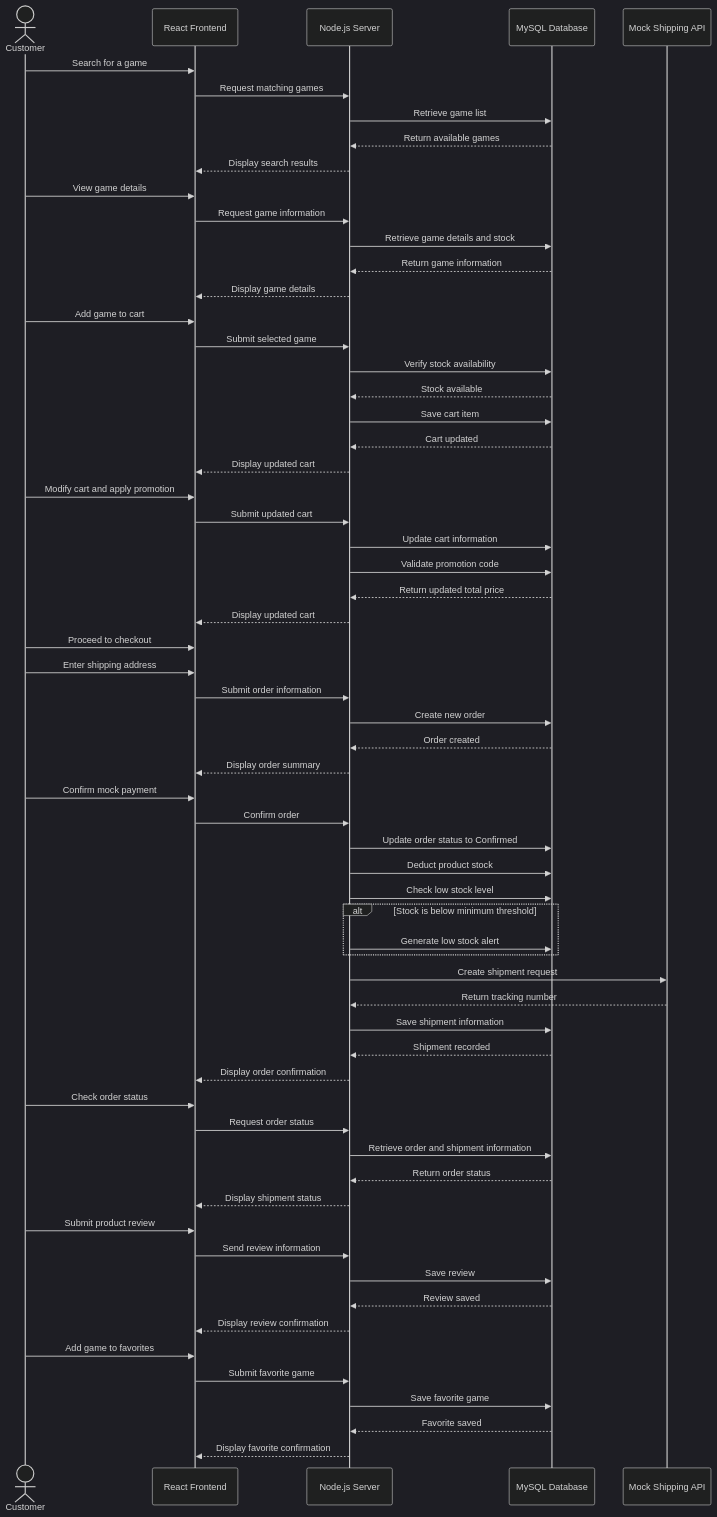
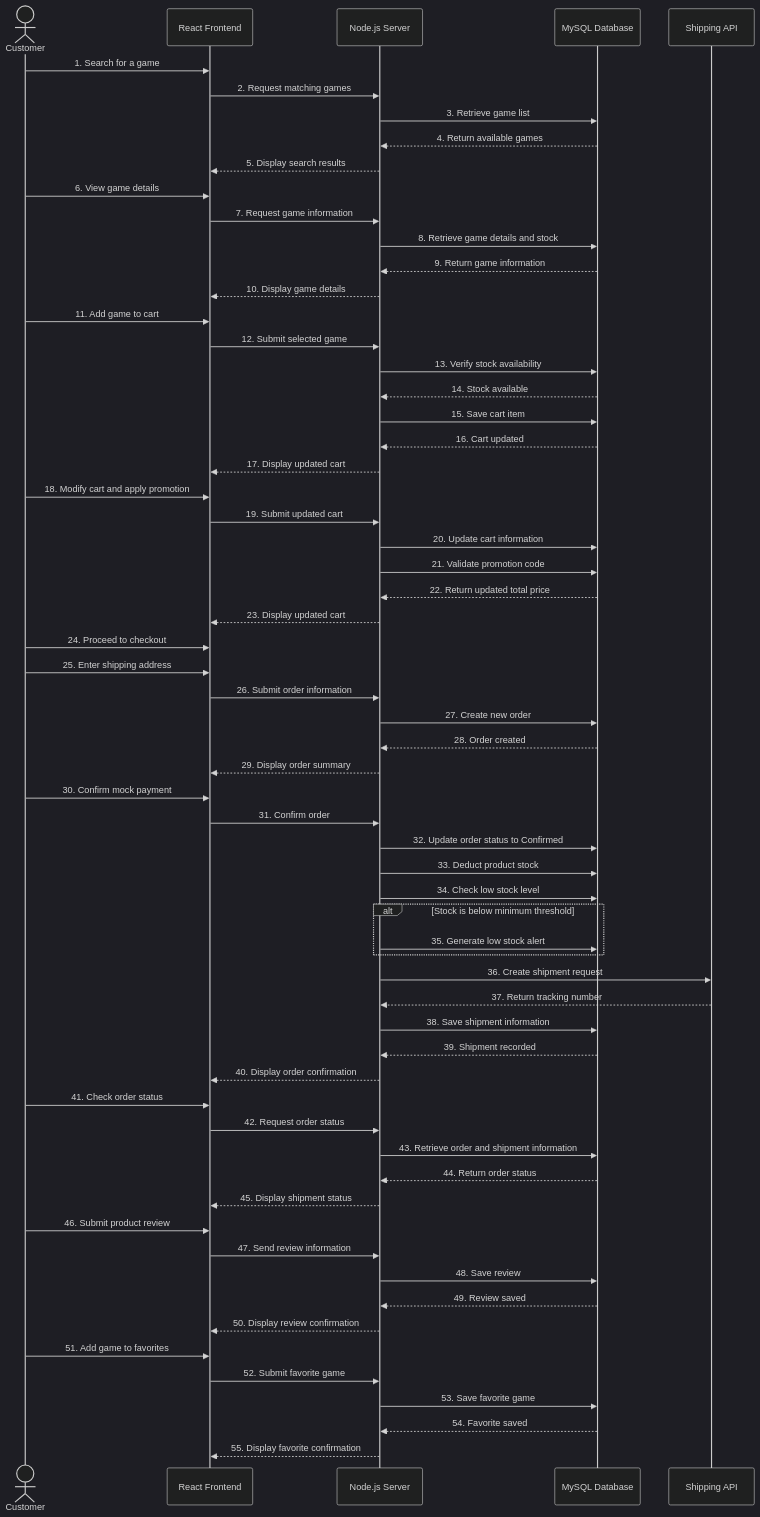
One commit to iKla47/UniversityCSI204 changed the second of 4 diagrams in frontend/src/doc/dev-home.md. Above: the diagram before and after it, drawn with Mermaid (dark theme). The commit also changed other lines of this file and 1 other file, not shown here.

Commit message:
edit diagram use case

````diff
--- a/frontend/src/doc/dev-home.md
+++ b/frontend/src/doc/dev-home.md
@@ -433,80 +435,80 @@
     participant Frontend as React Frontend
     participant Backend as Node.js Server
     participant DB as MySQL Database
-    participant Shipping as Mock Shipping API
+    participant Shipping as Shipping API
 
     %% Browse Products
-    Customer->>Frontend: Search for a game
-    Frontend->>Backend: Request matching games
-    Backend->>DB: Retrieve game list
-    DB-->>Backend: Return available games
-    Backend-->>Frontend: Display search results
+    Customer->>Frontend: 1. Search for a game
+    Frontend->>Backend: 2. Request matching games
+    Backend->>DB: 3. Retrieve game list
+    DB-->>Backend: 4. Return available games
+    Backend-->>Frontend: 5. Display search results
 
-    Customer->>Frontend: View game details
-    Frontend->>Backend: Request game information
-    Backend->>DB: Retrieve game details and stock
-    DB-->>Backend: Return game information
-    Backend-->>Frontend: Display game details
+    Customer->>Frontend: 6. View game details
+    Frontend->>Backend: 7. Request game information
+    Backend->>DB: 8. Retrieve game details and stock
+    DB-->>Backend: 9. Return game information
+    Backend-->>Frontend: 10. Display game details
 
     %% Shopping Cart
-    Customer->>Frontend: Add game to cart
-    Frontend->>Backend: Submit selected game
-    Backend->>DB: Verify stock availability
-    DB-->>Backend: Stock available
-    Backend->>DB: Save cart item
-    DB-->>Backend: Cart updated
-    Backend-->>Frontend: Display updated cart
+    Customer->>Frontend: 11. Add game to cart
+    Frontend->>Backend: 12. Submit selected game
+    Backend->>DB: 13. Verify stock availability
+    DB-->>Backend: 14. Stock available
+    Backend->>DB: 15. Save cart item
+    DB-->>Backend: 16. Cart updated
+    Backend-->>Frontend: 17. Display updated cart
 
-    Customer->>Frontend: Modify cart and apply promotion
-    Frontend->>Backend: Submit updated cart
-    Backend->>DB: Update cart information
-    Backend->>DB: Validate promotion code
-    DB-->>Backend: Return updated total price
-    Backend-->>Frontend: Display updated cart
+    Customer->>Frontend: 18. Modify cart and apply promotion
+    Frontend->>Backend: 19. Submit updated cart
+    Backend->>DB: 20. Update cart information
+    Backend->>DB: 21. Validate promotion code
+    DB-->>Backend: 22. Return updated total price
+    Backend-->>Frontend: 23. Display updated cart
 
     %% Checkout
-    Customer->>Frontend: Proceed to checkout
-    Customer->>Frontend: Enter shipping address
-    Frontend->>Backend: Submit order information
-    Backend->>DB: Create new order
-    DB-->>Backend: Order created
-    Backend-->>Frontend: Display order summary
+    Customer->>Frontend: 24. Proceed to checkout
+    Customer->>Frontend: 25. Enter shipping address
+    Frontend->>Backend: 26. Submit order information
+    Backend->>DB: 27. Create new order
+    DB-->>Backend: 28. Order created
+    Backend-->>Frontend: 29. Display order summary
 
     %% Mock Payment
-    Customer->>Frontend: Confirm mock payment
-    Frontend->>Backend: Confirm order
-    Backend->>DB: Update order status to Confirmed
-    Backend->>DB: Deduct product stock
-    Backend->>DB: Check low stock level
+    Customer->>Frontend: 30. Confirm mock payment
+    Frontend->>Backend: 31. Confirm order
+    Backend->>DB: 32. Update order status to Confirmed
+    Backend->>DB: 33. Deduct product stock
+    Backend->>DB: 34. Check low stock level
 
     alt Stock is below minimum threshold
-        Backend->>DB: Generate low stock alert
+        Backend->>DB: 35. Generate low stock alert
     end
 
-    Backend->>Shipping: Create shipment request
-    Shipping-->>Backend: Return tracking number
-    Backend->>DB: Save shipment information
-    DB-->>Backend: Shipment recorded
-    Backend-->>Frontend: Display order confirmation
+    Backend->>Shipping: 36. Create shipment request
+    Shipping-->>Backend: 37. Return tracking number
+    Backend->>DB: 38. Save shipment information
+    DB-->>Backend: 39. Shipment recorded
+    Backend-->>Frontend: 40. Display order confirmation
 
     %% Track Order
-    Customer->>Frontend: Check order status
-    Frontend->>Backend: Request order status
-    Backend->>DB: Retrieve order and shipment information
-    DB-->>Backend: Return order status
-    Backend-->>Frontend: Display shipment status
+    Customer->>Frontend: 41. Check order status
+    Frontend->>Backend: 42. Request order status
+    Backend->>DB: 43. Retrieve order and shipment information
+    DB-->>Backend: 44. Return order status
+    Backend-->>Frontend: 45. Display shipment status
 
     %% Review
-    Customer->>Frontend: Submit product review
-    Frontend->>Backend: Send review information
-    Backend->>DB: Save review
-    DB-->>Backend: Review saved
-    Backend-->>Frontend: Display review confirmation
+    Customer->>Frontend: 46. Submit product review
+    Frontend->>Backend: 47. Send review information
+    Backend->>DB: 48. Save review
+    DB-->>Backend: 49. Review saved
+    Backend-->>Frontend: 50. Display review confirmation
 
     %% Favorite
-    Customer->>Frontend: Add game to favorites
-    Frontend->>Backend: Submit favorite game
-    Backend->>DB: Save favorite game
-    DB-->>Backend: Favorite saved
-    Backend-->>Frontend: Display favorite confirmation
+    Customer->>Frontend: 51. Add game to favorites
+    Frontend->>Backend: 52. Submit favorite game
+    Backend->>DB: 53. Save favorite game
+    DB-->>Backend: 54. Favorite saved
+    Backend-->>Frontend: 55. Display favorite confirmation
 ```
````
